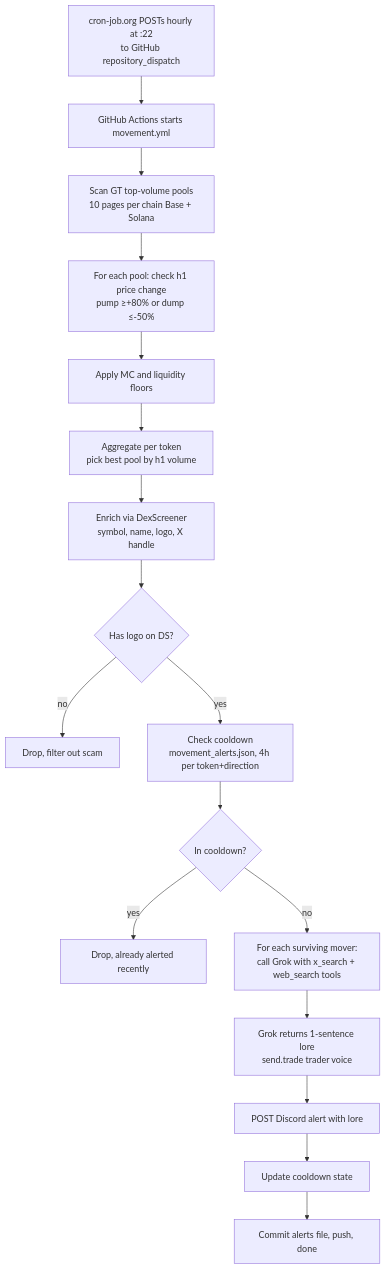
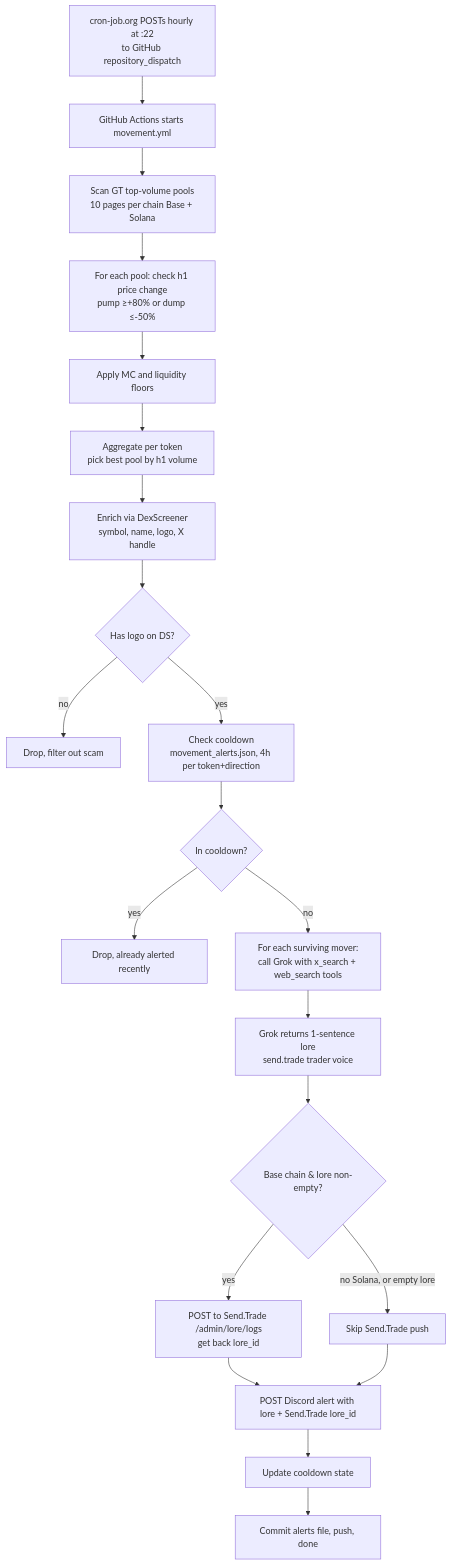
Before and after one commit to beawesomelee/send-trade-monitor: the second of 2 diagrams in README.md, drawn with Mermaid. The commit also changed other lines of this file and 4 other files, not shown here.

First line of the commit message:
Auto-post movement lore to Send.Trade /admin/lore/logs

````diff
--- a/README.md
+++ b/README.md
@@ -47,19 +47,23 @@
 ```mermaid
 flowchart TD
     A[cron-job.org POSTs hourly at :22<br/>to GitHub repository_dispatch] --> B[GitHub Actions starts movement.yml]
     B --> C[Scan GT top-volume pools<br/>10 pages per chain Base + Solana]
     C --> D[For each pool: check h1 price change<br/>pump &ge;+80% or dump &le;-50%]
     D --> E[Apply MC and liquidity floors]
     E --> F[Aggregate per token<br/>pick best pool by h1 volume]
     F --> G[Enrich via DexScreener<br/>symbol, name, logo, X handle]
     G --> H{Has logo on DS?}
     H -->|no| Z1[Drop, filter out scam]
     H -->|yes| I[Check cooldown<br/>movement_alerts.json, 4h per token+direction]
     I --> J{In cooldown?}
     J -->|yes| Z2[Drop, already alerted recently]
     J -->|no| K[For each surviving mover:<br/>call Grok with x_search + web_search tools]
     K --> L[Grok returns 1-sentence lore<br/>send.trade trader voice]
-    L --> M[POST Discord alert with lore]
-    M --> N[Update cooldown state]
-    N --> O[Commit alerts file, push, done]
+    L --> M{Base chain &amp; lore non-empty?}
+    M -->|yes| N[POST to Send.Trade /admin/lore/logs<br/>get back lore_id]
+    M -->|no Solana, or empty lore| O[Skip Send.Trade push]
+    N --> P[POST Discord alert with lore + Send.Trade lore_id]
+    O --> P
+    P --> Q[Update cooldown state]
+    Q --> R[Commit alerts file, push, done]
 ```
````
